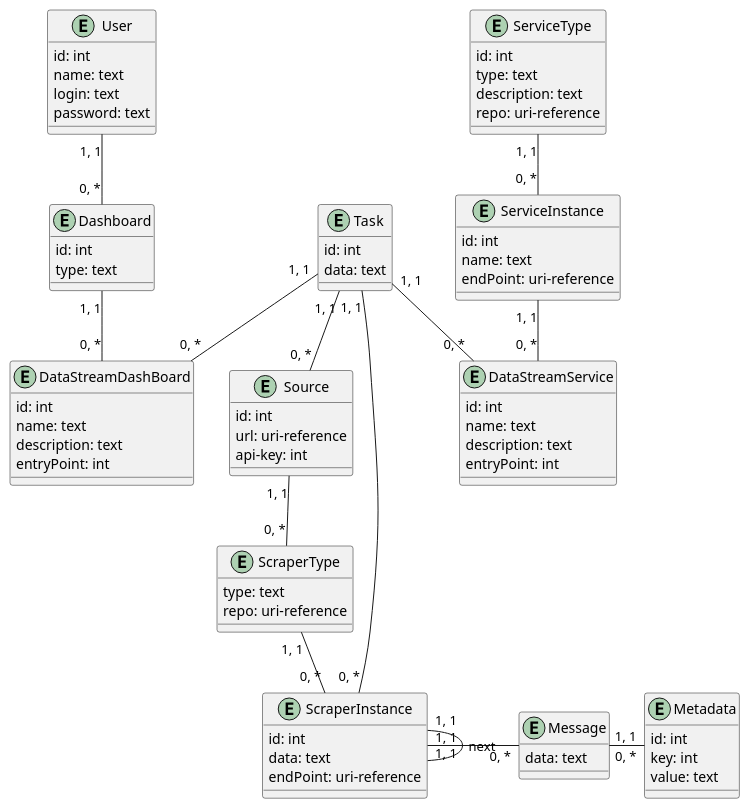
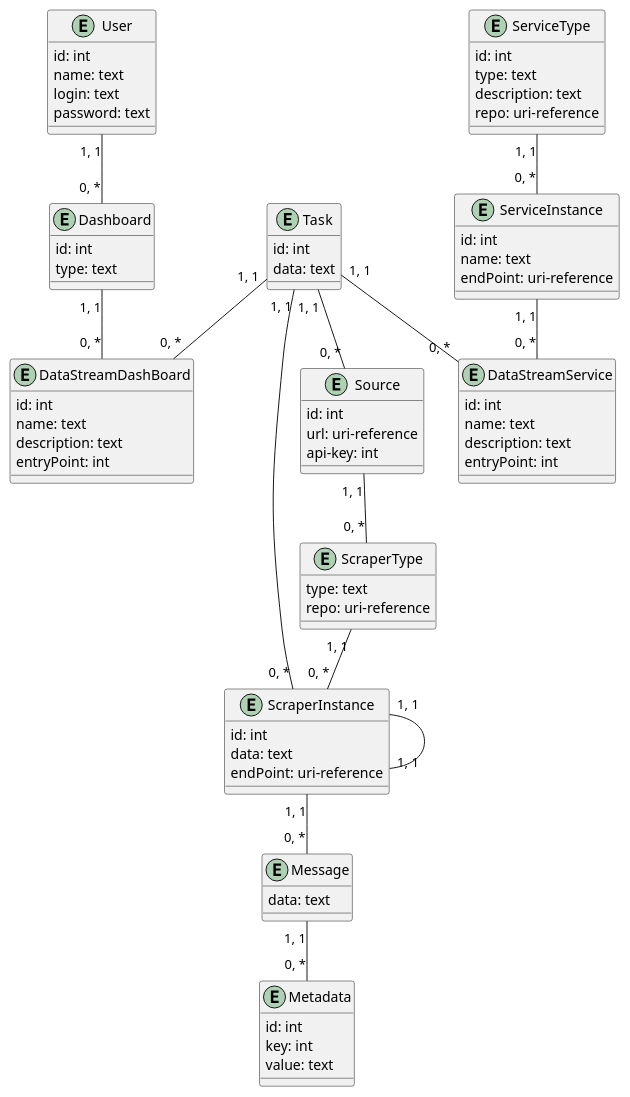
The diagram in docs/design/README.md (Pashhaa/media-content-analyze-system), drawn with PlantUML before and after one commit. The commit also changed other lines of this file, not shown here.

```diff
--- a/docs/design/README.md
+++ b/docs/design/README.md
@@ -84,8 +84,8 @@
   Task "1, 1" -- "0, *" ScraperInstance
   Source "1, 1" -- "0, *" ScraperType
   ScraperType "1, 1" -- "0, *" ScraperInstance
-  ScraperInstance "1, 1" - "0, *" Message
-  ScraperInstance "1, 1" - "1, 1" ScraperInstance : next
-  Message "1, 1" - "0, *" Metadata
+  ScraperInstance "1, 1" -- "0, *" Message
+  ScraperInstance "1, 1" - "1, 1" ScraperInstance
+  Message "1, 1" -- "0, *" Metadata
   
 @enduml
```
